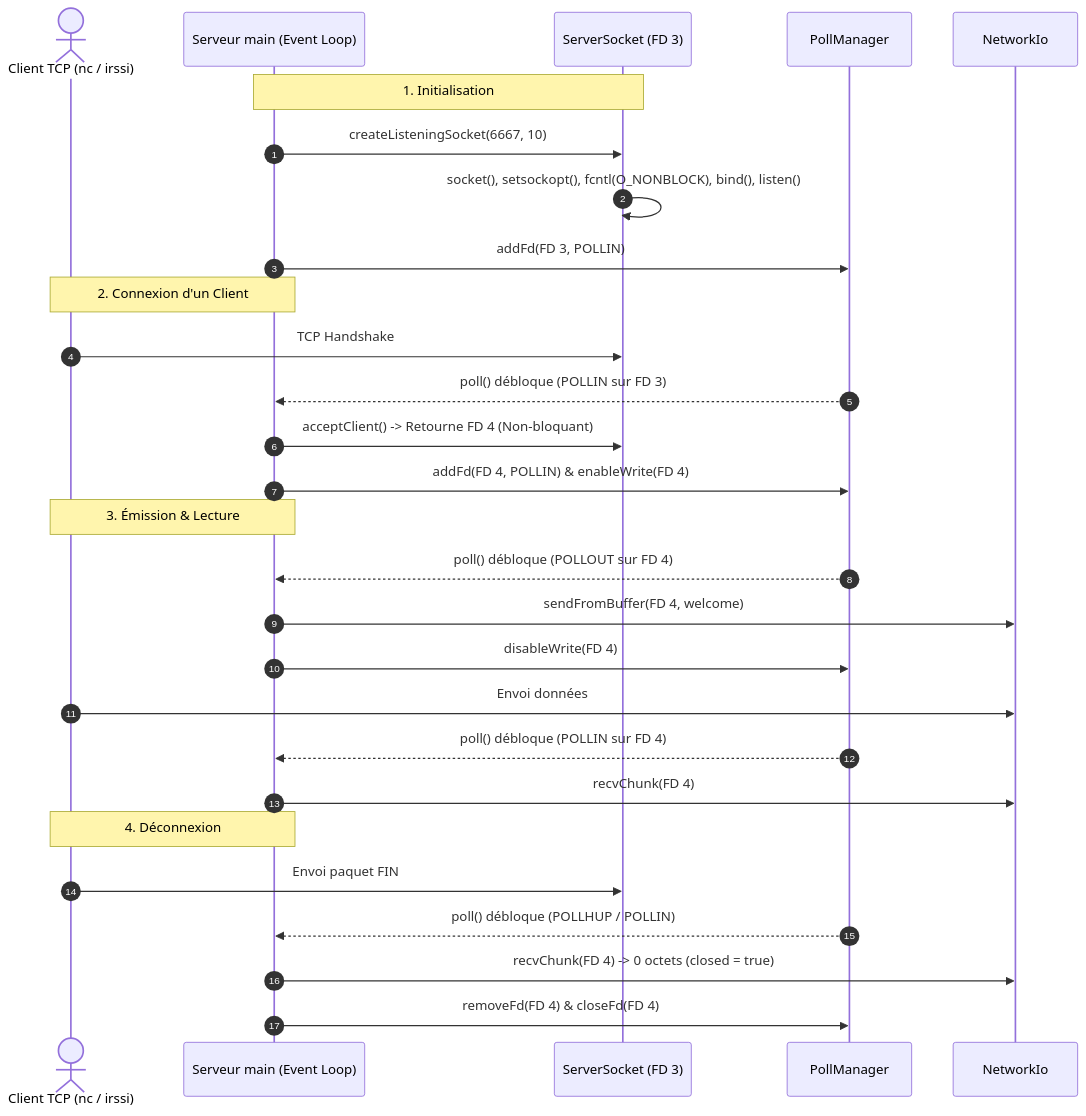
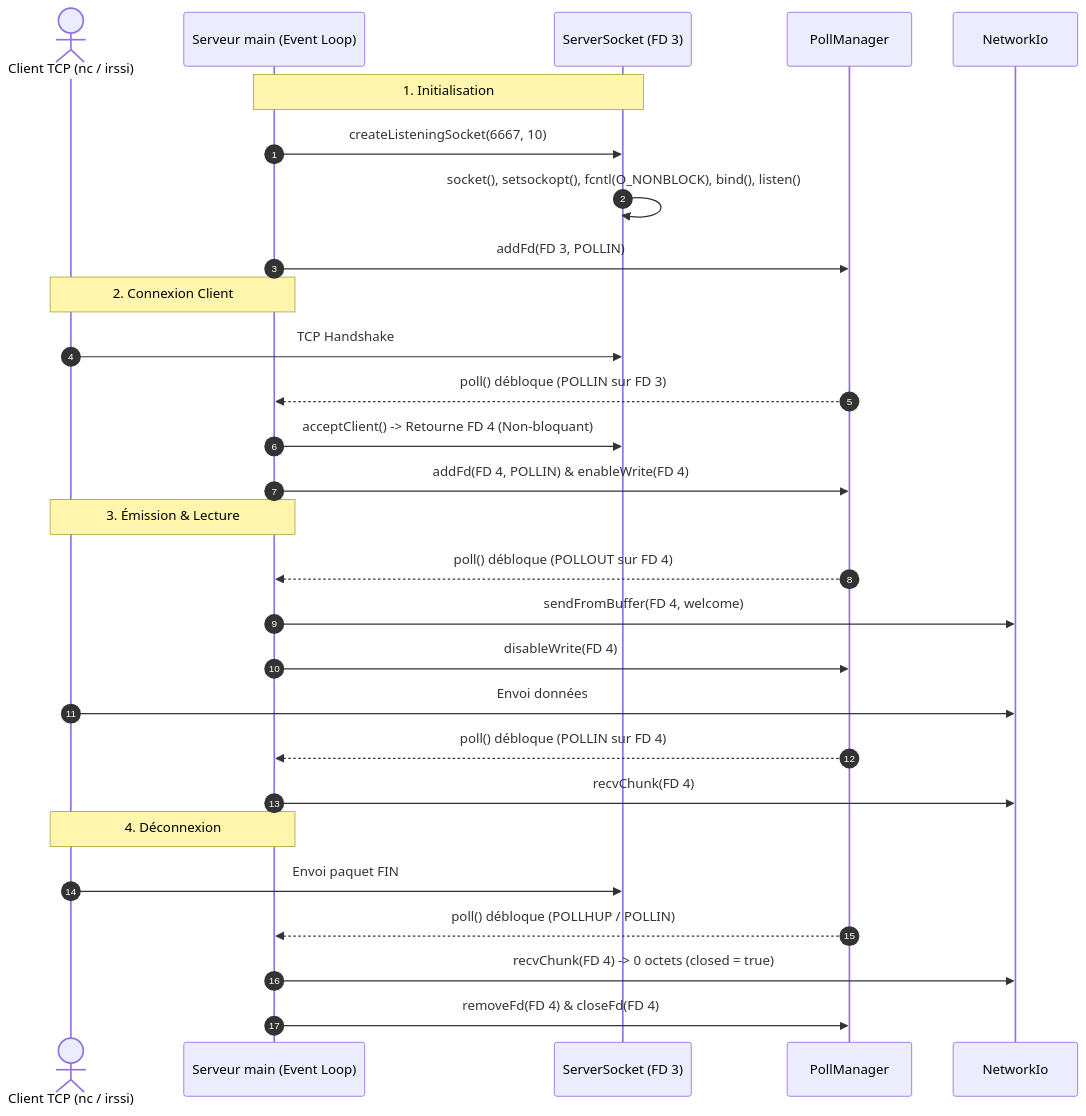
One commit to abareich/ft_irc_network changed the second of 2 diagrams in README.md. Above: the diagram before and after it, drawn with Mermaid. The commit also changed other lines of this file, not shown here.

````diff
--- a/README.md
+++ b/README.md
@@ -117,34 +117,34 @@
 ```mermaid
 sequenceDiagram
     autonumber
     actor Client as Client TCP (nc / irssi)
     participant Server as Serveur main (Event Loop)
     participant Socket as ServerSocket (FD 3)
     participant Poller as PollManager
     participant Io as NetworkIo
 
     Note over Server,Socket: 1. Initialisation
     Server->>Socket: createListeningSocket(6667, 10)
     Socket->>Socket: socket(), setsockopt(), fcntl(O_NONBLOCK), bind(), listen()
     Server->>Poller: addFd(FD 3, POLLIN)
 
-    Note over Server,Client: 2. Connexion d'un Client
+    Note over Server,Client: 2. Connexion Client
     Client->>Socket: TCP Handshake
     Poller-->>Server: poll() débloque (POLLIN sur FD 3)
     Server->>Socket: acceptClient() -> Retourne FD 4 (Non-bloquant)
     Server->>Poller: addFd(FD 4, POLLIN) & enableWrite(FD 4)
 
     Note over Server,Client: 3. Émission & Lecture
     Poller-->>Server: poll() débloque (POLLOUT sur FD 4)
     Server->>Io: sendFromBuffer(FD 4, welcome)
     Server->>Poller: disableWrite(FD 4)
     Client->>Io: Envoi données
     Poller-->>Server: poll() débloque (POLLIN sur FD 4)
     Server->>Io: recvChunk(FD 4)
 
     Note over Server,Client: 4. Déconnexion
     Client->>Socket: Envoi paquet FIN
     Poller-->>Server: poll() débloque (POLLHUP / POLLIN)
     Server->>Io: recvChunk(FD 4) -> 0 octets (closed = true)
     Server->>Poller: removeFd(FD 4) & closeFd(FD 4)
 ```
````
